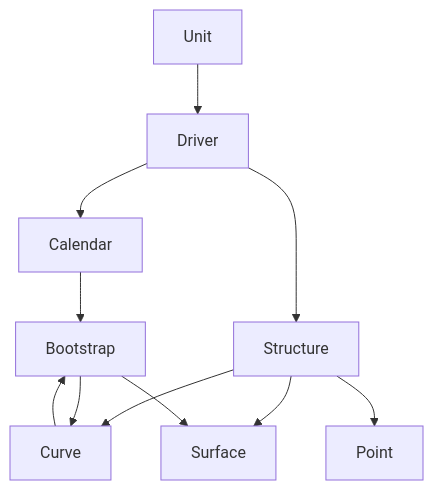
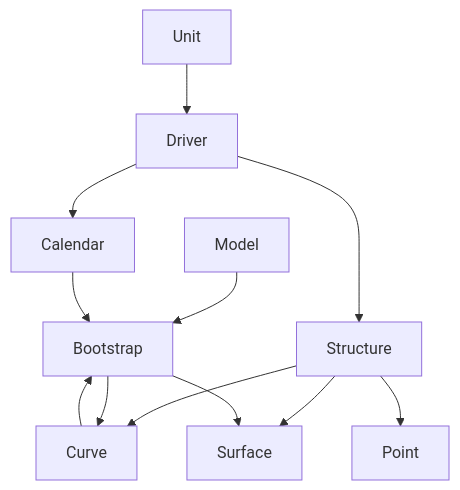
The diagram in README.md (tristanvandevelde/finstruct), drawn with Mermaid before and after one commit.

````diff
--- a/README.md
+++ b/README.md
@@ -32,13 +32,14 @@
 ```mermaid
 graph TD;
     Unit-->Driver;
     Driver-->Calendar;
     Driver-->Structure;
     Structure-->Curve;
     Structure-->Surface;
     Structure-->Point;
+    Model-->Bootstrap;
     Calendar-->Bootstrap;
     Bootstrap-->Curve;
     Curve-->Bootstrap;
     Bootstrap-->Surface;
 ```
````
